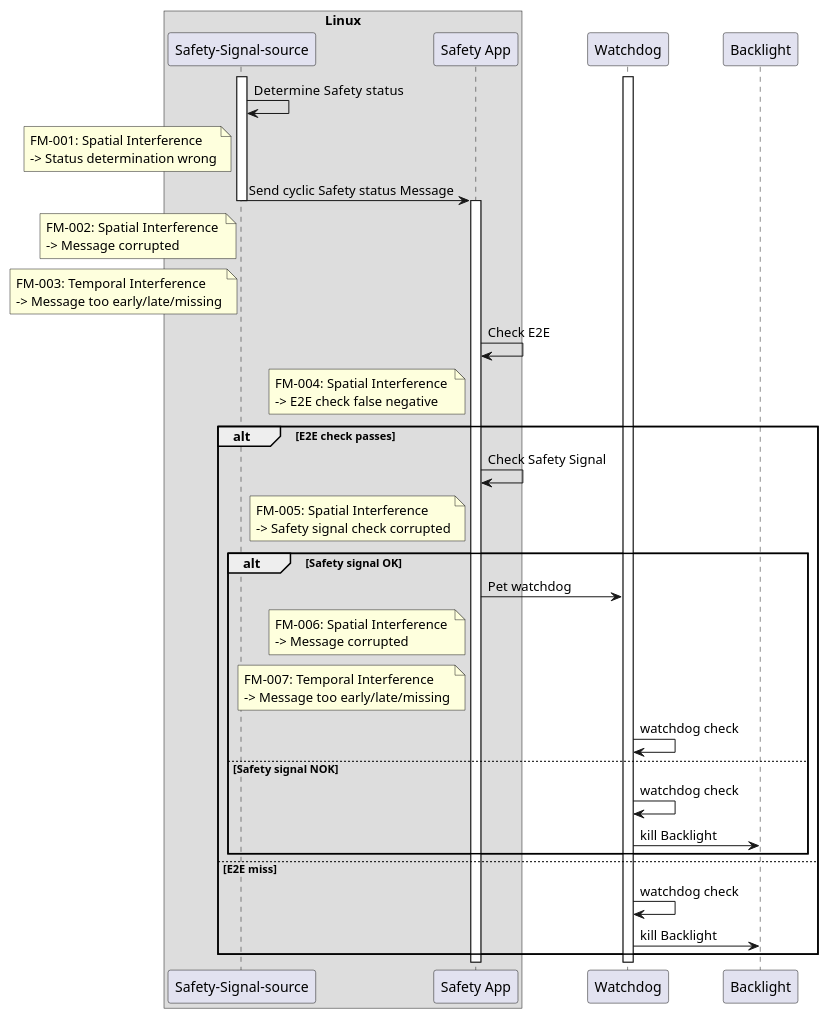
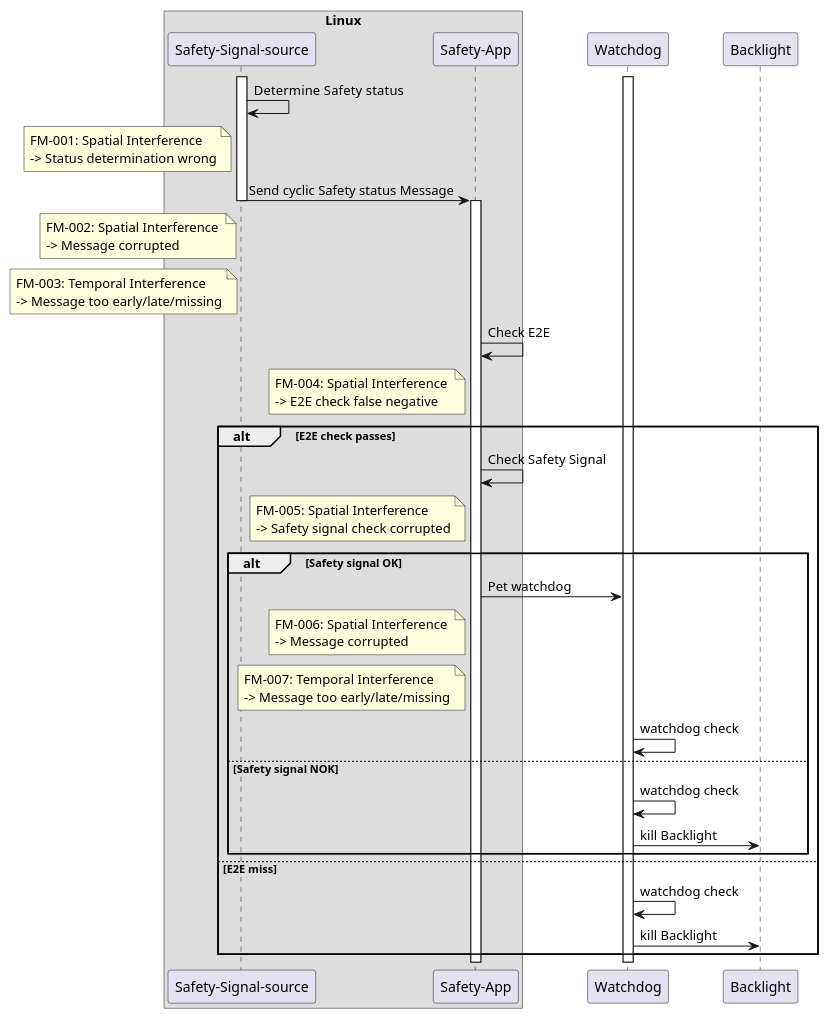
One commit to elisa-tech/wg-automotive changed the diagram in AGL_cluster_demo_use_case/Safety-analysis/Safety_demo_analysis.puml. Above: the diagram before and after it, drawn with PlantUML. The commit also changed 4 other files, not shown here.

```diff
--- a/AGL_cluster_demo_use_case/Safety-analysis/Safety_demo_analysis.puml
+++ b/AGL_cluster_demo_use_case/Safety-analysis/Safety_demo_analysis.puml
@@ -1,37 +1,37 @@
 @startuml
 'skinparam wrapWidth 200
 box "Linux"
 participant "Safety-Signal-source" order 10
-participant "Safety App" order 20
+participant "Safety-App" order 20
 end box
 participant "Watchdog" order 30
 participant "Backlight" order 40
 
 activate "Safety-Signal-source"
 activate "Watchdog"
 "Safety-Signal-source" -> "Safety-Signal-source": Determine  Safety status
 note left of "Safety-Signal-source":FM-001: Spatial Interference \n-> Status determination wrong   
-"Safety-Signal-source" -> "Safety App": Send cyclic Safety status Message
+"Safety-Signal-source" -> "Safety-App": Send cyclic Safety status Message
 note left of "Safety-Signal-source":FM-002: Spatial Interference \n-> Message corrupted
 note left of "Safety-Signal-source":FM-003: Temporal Interference \n-> Message too early/late/missing
 deactivate "Safety-Signal-source"
-activate "Safety App"
-"Safety App" -> "Safety App": Check E2E
-note left of "Safety App":FM-004: Spatial Interference \n-> E2E check false negative
+activate "Safety-App"
+"Safety-App" -> "Safety-App": Check E2E
+note left of "Safety-App":FM-004: Spatial Interference \n-> E2E check false negative
 alt E2E check passes
-"Safety App" -> "Safety App": Check Safety Signal
-note left of "Safety App":FM-005: Spatial Interference \n-> Safety signal check corrupted
+"Safety-App" -> "Safety-App": Check Safety Signal
+note left of "Safety-App":FM-005: Spatial Interference \n-> Safety signal check corrupted
 alt Safety signal OK
-"Safety App" -> "Watchdog": Pet watchdog
-note left of "Safety App":FM-006: Spatial Interference \n-> Message corrupted
-note left of "Safety App":FM-007: Temporal Interference \n-> Message too early/late/missing
+"Safety-App" -> "Watchdog": Pet watchdog
+note left of "Safety-App":FM-006: Spatial Interference \n-> Message corrupted
+note left of "Safety-App":FM-007: Temporal Interference \n-> Message too early/late/missing
 "Watchdog" -> "Watchdog": watchdog check
 else Safety signal NOK
 "Watchdog" -> "Watchdog": watchdog check
 "Watchdog" -> "Backlight": kill Backlight
 end
 else E2E miss
 "Watchdog" -> "Watchdog": watchdog check
 "Watchdog" -> "Backlight": kill Backlight
 end
 @enduml
```
